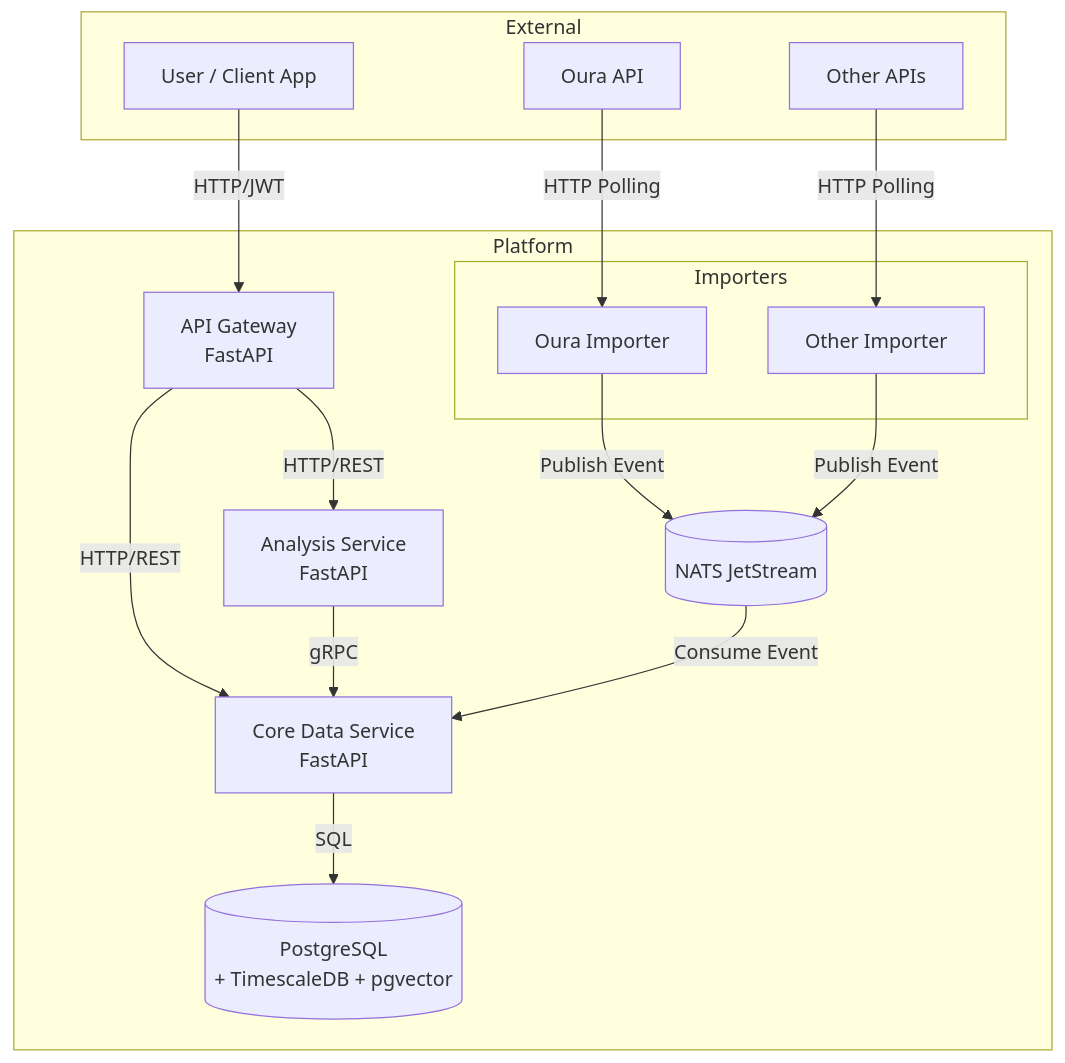
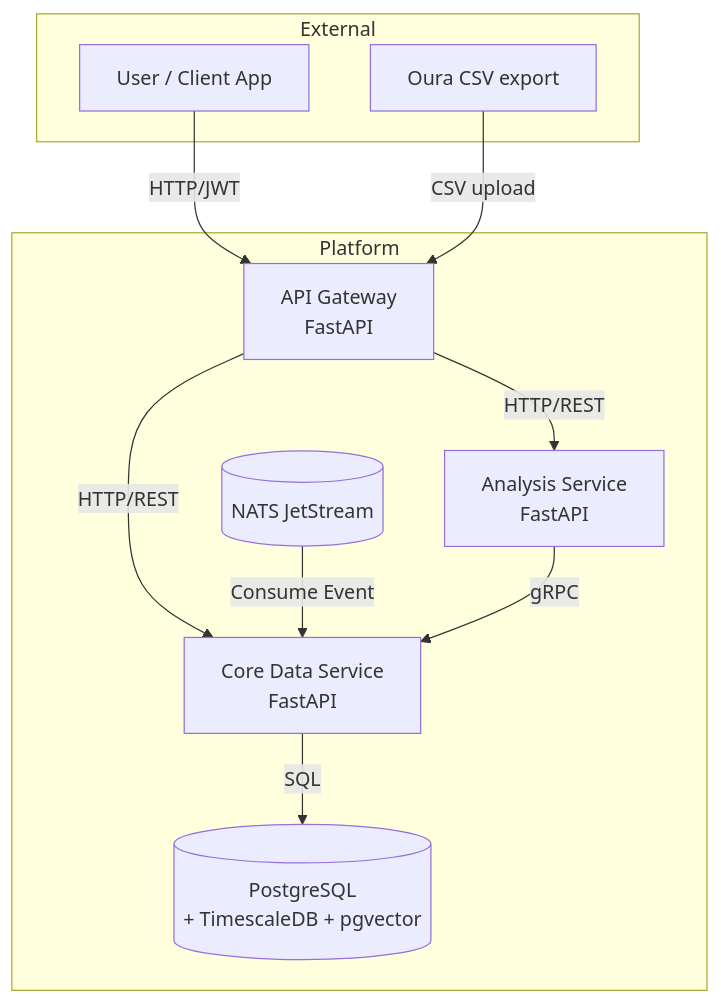
The diagram in README.md (iamTim0/quantified-self), drawn with Mermaid before and after one commit. The commit also changed other lines of this file and 13 other files, not shown here.

````diff
--- a/README.md
+++ b/README.md
@@ -13,37 +13,26 @@
 ```mermaid
 flowchart TD
     subgraph External
         Client[User / Client App]
-        OuraAPI[Oura API]
-        OtherAPI[Other APIs]
+        OuraExport[Oura CSV export]
     end
 
     subgraph Platform
         Gateway[API Gateway\nFastAPI]
         Core[Core Data Service\nFastAPI]
         Analysis[Analysis Service\nFastAPI]
-        
-        subgraph Importers
-            OuraImporter[Oura Importer]
-            OtherImporter[Other Importer]
-        end
         
         NATS[(NATS JetStream)]
         DB[(PostgreSQL\n+ TimescaleDB + pgvector)]
     end
 
     Client -->|HTTP/JWT| Gateway
     Gateway -->|HTTP/REST| Core
     Gateway -->|HTTP/REST| Analysis
     
-    OuraAPI -->|HTTP Polling| OuraImporter
-    OtherAPI -->|HTTP Polling| OtherImporter
-    
-    OuraImporter -->|Publish Event| NATS
-    OtherImporter -->|Publish Event| NATS
-    
+    OuraExport -->|CSV upload| Gateway
     NATS -->|Consume Event| Core
     Core -->|SQL| DB
     
     Analysis -->|gRPC| Core
 ```
````
